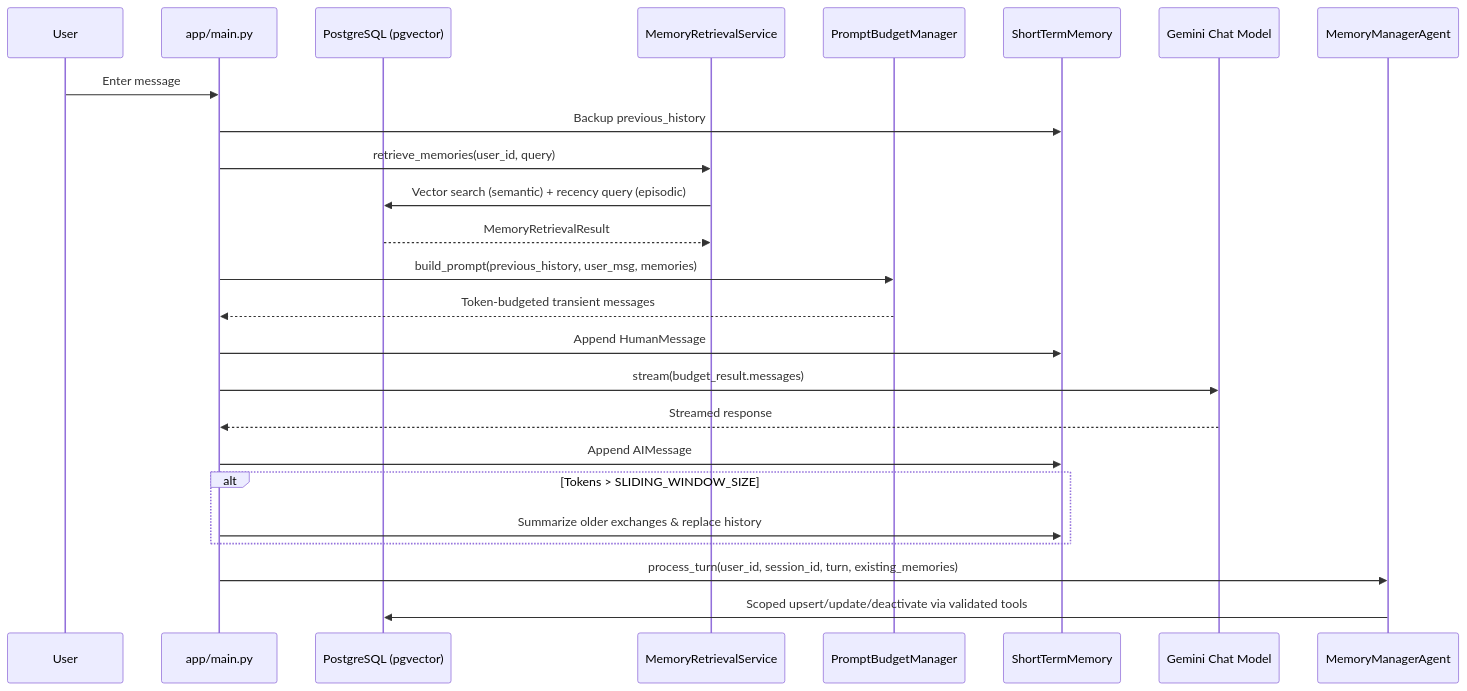
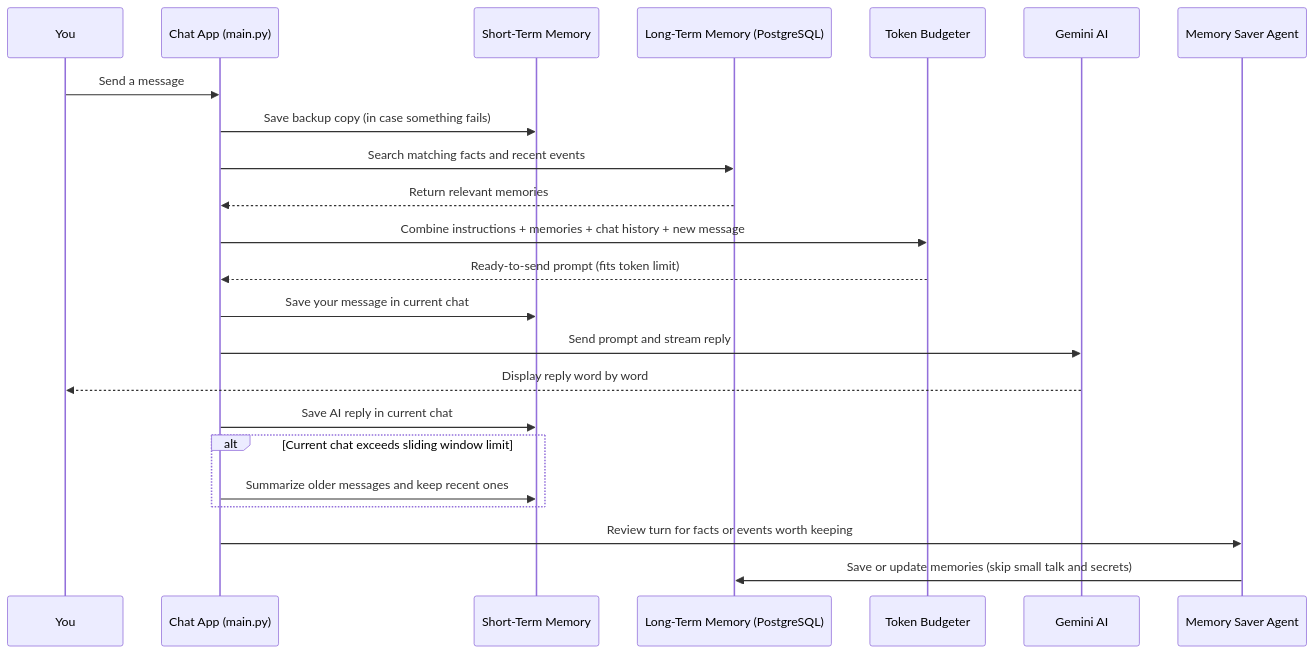
Before and after one commit to nithish-dev-03/multi-memory-assistant: the second of 3 diagrams in README.md, drawn with Mermaid. The commit also changed other lines of this file, not shown here.

Commit message:
docs: rewrite README with plain-English explanations and updated architecture diagrams

````diff
--- a/README.md
+++ b/README.md
@@ -40,28 +64,28 @@
 ```mermaid
 sequenceDiagram
-    participant U as User
-    participant CLI as app/main.py
-    participant DB as PostgreSQL (pgvector)
-    participant R as MemoryRetrievalService
-    participant PB as PromptBudgetManager
-    participant ST as ShortTermMemory
-    participant LLM as Gemini Chat Model
-    participant MA as MemoryManagerAgent
+    participant U as You
+    participant App as Chat App (main.py)
+    participant ST as Short-Term Memory
+    participant DB as Long-Term Memory (PostgreSQL)
+    participant PB as Token Budgeter
+    participant AI as Gemini AI
+    participant MA as Memory Saver Agent
 
-    U->>CLI: Enter message
-    CLI->>ST: Backup previous_history
-    CLI->>R: retrieve_memories(user_id, query)
-    R->>DB: Vector search (semantic) + recency query (episodic)
-    DB-->>R: MemoryRetrievalResult
-    CLI->>PB: build_prompt(previous_history, user_msg, memories)
-    PB-->>CLI: Token-budgeted transient messages
-    CLI->>ST: Append HumanMessage
-    CLI->>LLM: stream(budget_result.messages)
-    LLM-->>CLI: Streamed response
-    CLI->>ST: Append AIMessage
-    alt Tokens > SLIDING_WINDOW_SIZE
-        CLI->>ST: Summarize older exchanges & replace history
+    U->>App: Send a message
+    App->>ST: Save backup copy (in case something fails)
+    App->>DB: Search matching facts and recent events
+    DB-->>App: Return relevant memories
+    App->>PB: Combine instructions + memories + chat history + new message
+    PB-->>App: Ready-to-send prompt (fits token limit)
+    App->>ST: Save your message in current chat
+    App->>AI: Send prompt and stream reply
+    AI-->>U: Display reply word by word
+    App->>ST: Save AI reply in current chat
+
+    alt Current chat exceeds sliding window limit
+        App->>ST: Summarize older messages and keep recent ones
     end
-    CLI->>MA: process_turn(user_id, session_id, turn, existing_memories)
-    MA->>DB: Scoped upsert/update/deactivate via validated tools
+
+    App->>MA: Review turn for facts or events worth keeping
+    MA->>DB: Save or update memories (skip small talk and secrets)
 ```
````
